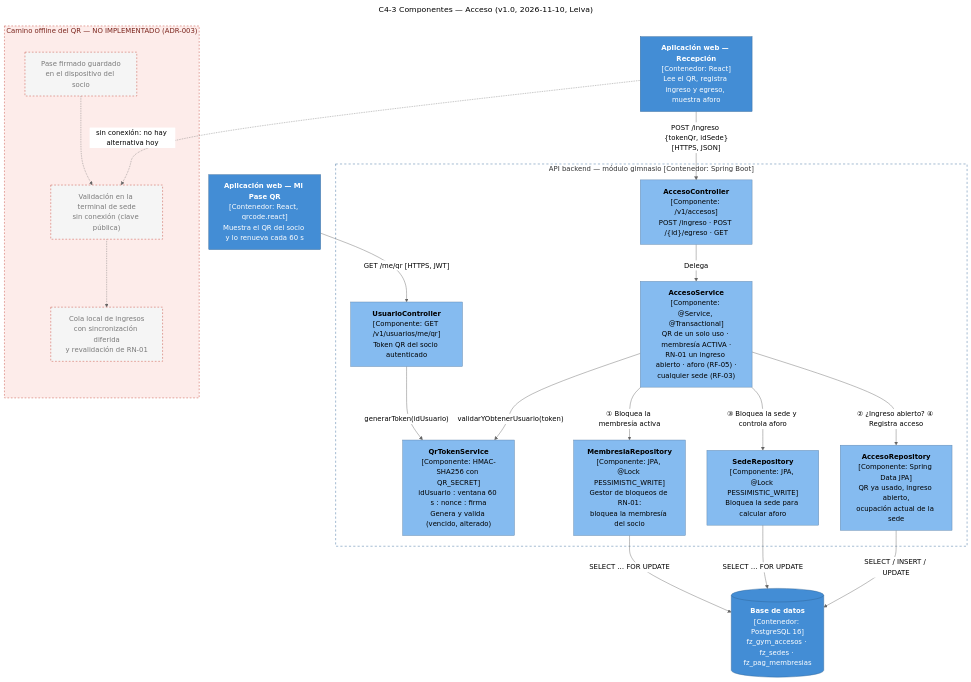
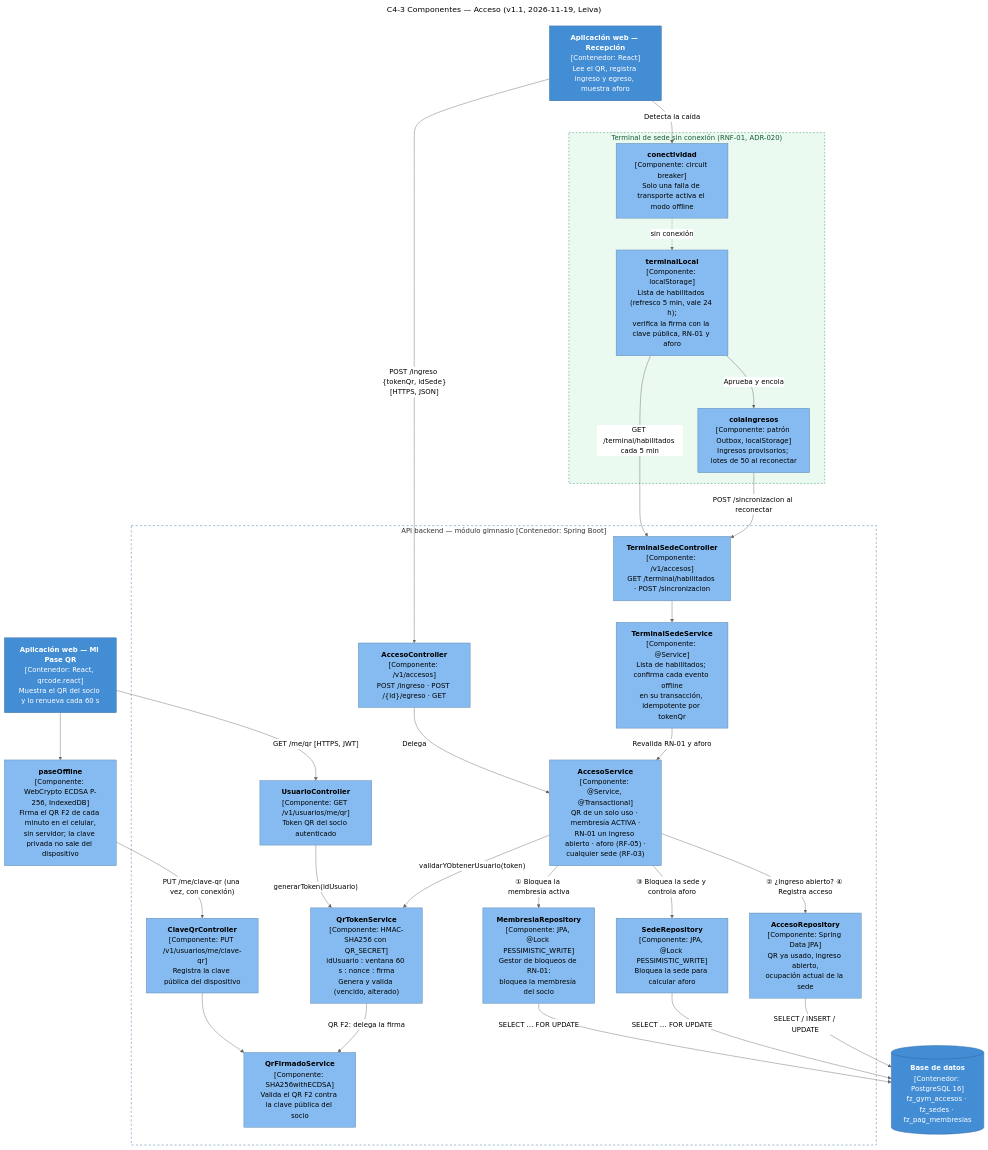
Before and after one commit to MarquitosLev/fitzone-sports-p5: the diagram in docs/diagramas/c4-3-componentes-acceso.mmd, drawn with Mermaid (neutral theme). The commit also changed 19 other files, not shown here.

Commit message:
docs(entrega): [SCRUM-138] completar documentacion de entrega: licencia, env de ejemplo, OpenAPI, RNF, dossier y modo offline (ADR-020)

```diff
--- a/docs/diagramas/c4-3-componentes-acceso.mmd
+++ b/docs/diagramas/c4-3-componentes-acceso.mmd
@@ -1,50 +1,62 @@
 ---
-title: C4-3 Componentes — Acceso (v1.0, 2026-11-10, Leiva)
+title: C4-3 Componentes — Acceso (v1.1, 2026-11-19, Leiva)
 ---
 %% C4-3 Componentes — Módulo Gimnasio y Acceso (M2)
-%% Autor: Leiva, Marcos Joel · Fecha: 2026-11-10 · Versión: 1.0
-%% Notación C4 sobre flowchart: azul = contenedor, celeste = componente, rojo punteado = no implementado.
+%% Autor: Leiva, Marcos Joel · Fecha: 2026-11-19 · Versión: 1.1 (camino offline, ADR-020)
+%% Notación C4 sobre flowchart: azul = contenedor, celeste = componente, verde = camino offline (RNF-01).
 flowchart TB
   socioApp["<b>Aplicación web — Mi Pase QR</b><br/>[Contenedor: React, qrcode.react]<br/>Muestra el QR del socio y lo renueva cada 60 s"]
+  pase["<b>paseOffline</b><br/>[Componente: WebCrypto ECDSA P-256, IndexedDB]<br/>Firma el QR F2 de cada minuto en el celular,<br/>sin servidor; la clave privada no sale del dispositivo"]
   recepApp["<b>Aplicación web — Recepción</b><br/>[Contenedor: React]<br/>Lee el QR, registra ingreso y egreso, muestra aforo"]
+  subgraph offline["Terminal de sede sin conexión (RNF-01, ADR-020)"]
+    con["<b>conectividad</b><br/>[Componente: circuit breaker]<br/>Solo una falla de transporte activa el modo offline"]
+    tloc["<b>terminalLocal</b><br/>[Componente: localStorage]<br/>Lista de habilitados (refresco 5 min, vale 24 h);<br/>verifica la firma con la clave pública, RN-01 y aforo"]
+    cola["<b>colaIngresos</b><br/>[Componente: patrón Outbox, localStorage]<br/>Ingresos provisorios; lotes de 50 al reconectar"]
+  end
 
   subgraph api["API backend — módulo gimnasio [Contenedor: Spring Boot]"]
     uctrl["<b>UsuarioController</b><br/>[Componente: GET /v1/usuarios/me/qr]<br/>Token QR del socio autenticado"]
     actrl["<b>AccesoController</b><br/>[Componente: /v1/accesos]<br/>POST /ingreso · POST /{id}/egreso · GET"]
     qr["<b>QrTokenService</b><br/>[Componente: HMAC-SHA256 con QR_SECRET]<br/>idUsuario : ventana 60 s : nonce : firma<br/>Genera y valida (vencido, alterado)"]
+    kctrl["<b>ClaveQrController</b><br/>[Componente: PUT /v1/usuarios/me/clave-qr]<br/>Registra la clave pública del dispositivo"]
+    qrf["<b>QrFirmadoService</b><br/>[Componente: SHA256withECDSA]<br/>Valida el QR F2 contra la clave pública del socio"]
+    tctrl["<b>TerminalSedeController</b><br/>[Componente: /v1/accesos]<br/>GET /terminal/habilitados · POST /sincronizacion"]
+    tsvc["<b>TerminalSedeService</b><br/>[Componente: @Service]<br/>Lista de habilitados; confirma cada evento offline<br/>en su transacción, idempotente por tokenQr"]
     asvc["<b>AccesoService</b><br/>[Componente: @Service, @Transactional]<br/>QR de un solo uso · membresía ACTIVA ·<br/>RN-01 un ingreso abierto · aforo (RF-05) ·<br/>cualquier sede (RF-03)"]
     mrepo["<b>MembresiaRepository</b><br/>[Componente: JPA, @Lock PESSIMISTIC_WRITE]<br/>Gestor de bloqueos de RN-01:<br/>bloquea la membresía del socio"]
     srepo["<b>SedeRepository</b><br/>[Componente: JPA, @Lock PESSIMISTIC_WRITE]<br/>Bloquea la sede para calcular aforo"]
     arepo["<b>AccesoRepository</b><br/>[Componente: Spring Data JPA]<br/>QR ya usado, ingreso abierto,<br/>ocupación actual de la sede"]
   end
 
   db[("<b>Base de datos</b><br/>[Contenedor: PostgreSQL 16]<br/>fz_gym_accesos · fz_sedes · fz_pag_membresias")]
 
-  subgraph offline["Camino offline del QR — NO IMPLEMENTADO (ADR-003)"]
-    o1["Pase firmado guardado<br/>en el dispositivo del socio"]
-    o2["Validación en la terminal de sede<br/>sin conexión (clave pública)"]
-    o3["Cola local de ingresos<br/>con sincronización diferida<br/>y revalidación de RN-01"]
-  end
 
   socioApp -- "GET /me/qr [HTTPS, JWT]" --> uctrl
   uctrl -- "generarToken(idUsuario)" --> qr
   recepApp -- "POST /ingreso {tokenQr, idSede}<br/>[HTTPS, JSON]" --> actrl
   actrl -- "Delega" --> asvc
   asvc -- "validarYObtenerUsuario(token)" --> qr
   asvc -- "① Bloquea la membresía activa" --> mrepo
   asvc -- "② ¿Ingreso abierto? ④ Registra acceso" --> arepo
   asvc -- "③ Bloquea la sede y controla aforo" --> srepo
   mrepo -- "SELECT … FOR UPDATE" --> db
   srepo -- "SELECT … FOR UPDATE" --> db
   arepo -- "SELECT / INSERT / UPDATE" --> db
-  o1 -.-> o2 -.-> o3
-  recepApp -. "sin conexión: no hay alternativa hoy" .-> o2
+  socioApp --> pase
+  pase -- "PUT /me/clave-qr (una vez, con conexión)" --> kctrl
+  kctrl --> qrf
+  qr -- "QR F2: delega la firma" --> qrf
+  recepApp -- "Detecta la caída" --> con
+  con -. "sin conexión" .-> tloc
+  tloc -- "Aprueba y encola" --> cola
+  tloc -- "GET /terminal/habilitados cada 5 min" --> tctrl
+  cola -- "POST /sincronizacion al reconectar" --> tctrl
+  tctrl --> tsvc
+  tsvc -- "Revalida RN-01 y aforo" --> asvc
 
   classDef contenedor fill:#438dd5,stroke:#2e6295,color:#fff
   classDef componente fill:#85bbf0,stroke:#5d82a8,color:#000
-  classDef ausente fill:#f5f5f5,stroke:#c0392b,color:#7a7a7a,stroke-dasharray:4 4
   class socioApp,recepApp,db contenedor
-  class uctrl,actrl,qr,asvc,mrepo,srepo,arepo componente
-  class o1,o2,o3 ausente
+  class uctrl,actrl,qr,asvc,mrepo,srepo,arepo,kctrl,qrf,tctrl,tsvc,pase,con,tloc,cola componente
   style api fill:none,stroke:#2e6295,stroke-dasharray:5 5
-  style offline fill:#fdecea,stroke:#c0392b,stroke-dasharray:4 4,color:#7b241c
+  style offline fill:#eafaf1,stroke:#1e8449,stroke-dasharray:4 4,color:#145a32
```
